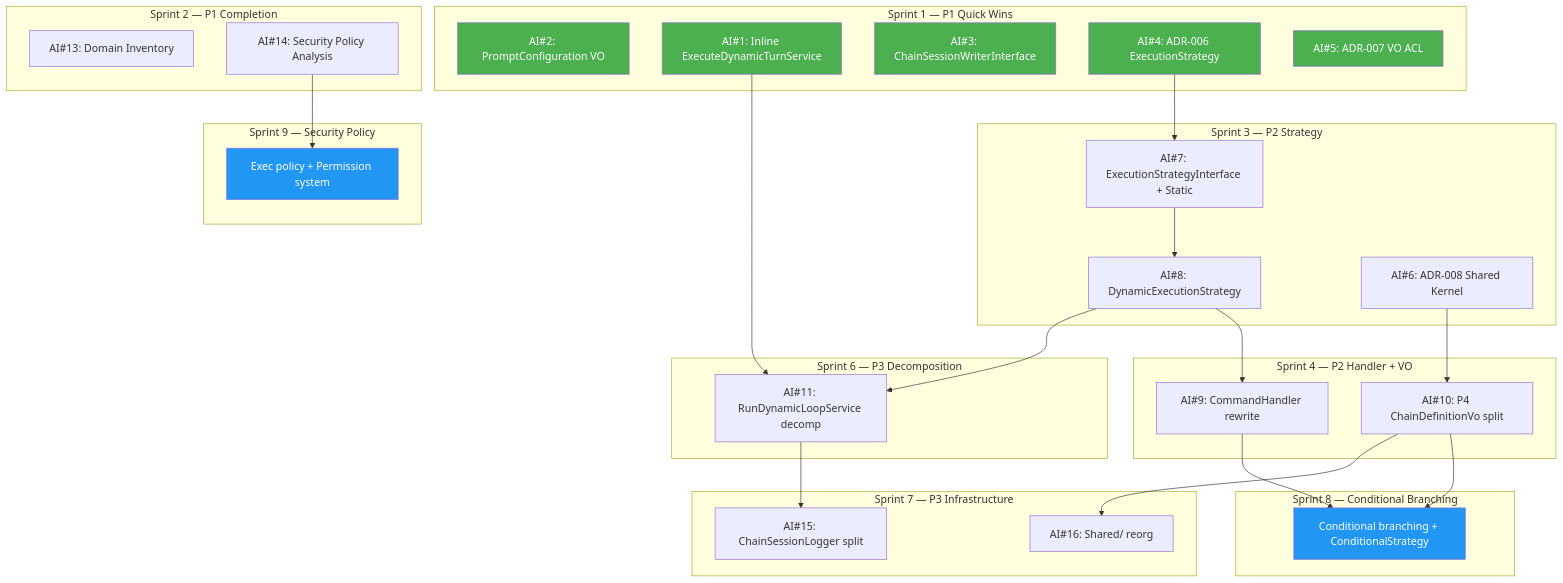
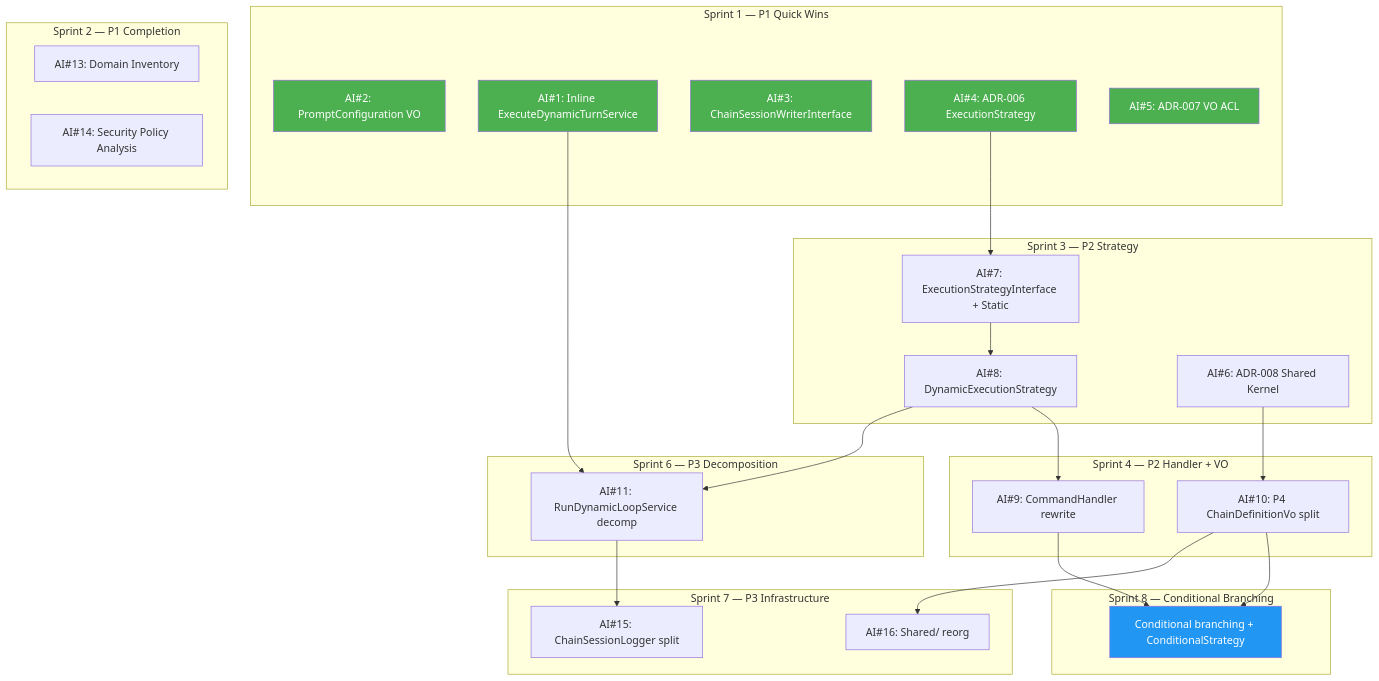
One commit to prikotov/task-orchestrator changed the diagram in docs/releases/ROADMAP-2026-Q2-Q3.md. Above: the diagram before and after it, drawn with Mermaid. The commit also changed other lines of this file, not shown here.

First line of the commit message:
docs(roadmap): remove Security Policy sprint, renumber sprints, update statuses

````diff
--- a/docs/releases/ROADMAP-2026-Q2-Q3.md
+++ b/docs/releases/ROADMAP-2026-Q2-Q3.md
@@ -355,63 +332,57 @@
 ```mermaid
 graph TD
     subgraph "Sprint 1 — P1 Quick Wins"
         AI2["AI#2: PromptConfiguration VO"]
         AI1["AI#1: Inline ExecuteDynamicTurnService"]
         AI3["AI#3: ChainSessionWriterInterface"]
         AI4["AI#4: ADR-006 ExecutionStrategy"]
         AI5["AI#5: ADR-007 VO ACL"]
     end
 
     subgraph "Sprint 2 — P1 Completion"
         AI13["AI#13: Domain Inventory"]
         AI14["AI#14: Security Policy Analysis"]
     end
 
     subgraph "Sprint 3 — P2 Strategy"
         AI7["AI#7: ExecutionStrategyInterface + Static"]
         AI8["AI#8: DynamicExecutionStrategy"]
         AI6["AI#6: ADR-008 Shared Kernel"]
     end
 
     subgraph "Sprint 4 — P2 Handler + VO"
         AI9["AI#9: CommandHandler rewrite"]
         AI10["AI#10: P4 ChainDefinitionVo split"]
     end
 
     subgraph "Sprint 6 — P3 Decomposition"
         AI11["AI#11: RunDynamicLoopService decomp"]
     end
 
     subgraph "Sprint 7 — P3 Infrastructure"
         AI15["AI#15: ChainSessionLogger split"]
         AI16["AI#16: Shared/ reorg"]
     end
 
     subgraph "Sprint 8 — Conditional Branching"
         CB["Conditional branching + ConditionalStrategy"]
     end
 
-    subgraph "Sprint 9 — Security Policy"
-        SP["Exec policy + Permission system"]
-    end
-
     AI4 --> AI7
     AI7 --> AI8
     AI8 --> AI9
     AI6 --> AI10
     AI9 --> CB
     AI10 --> CB
     AI1 --> AI11
     AI8 --> AI11
     AI11 --> AI15
     AI10 --> AI16
-    AI14 --> SP
 
     style AI2 fill:#4CAF50,color:#fff
     style AI1 fill:#4CAF50,color:#fff
     style AI3 fill:#4CAF50,color:#fff
     style AI4 fill:#4CAF50,color:#fff
     style AI5 fill:#4CAF50,color:#fff
     style CB fill:#2196F3,color:#fff
-    style SP fill:#2196F3,color:#fff
 ```
````
